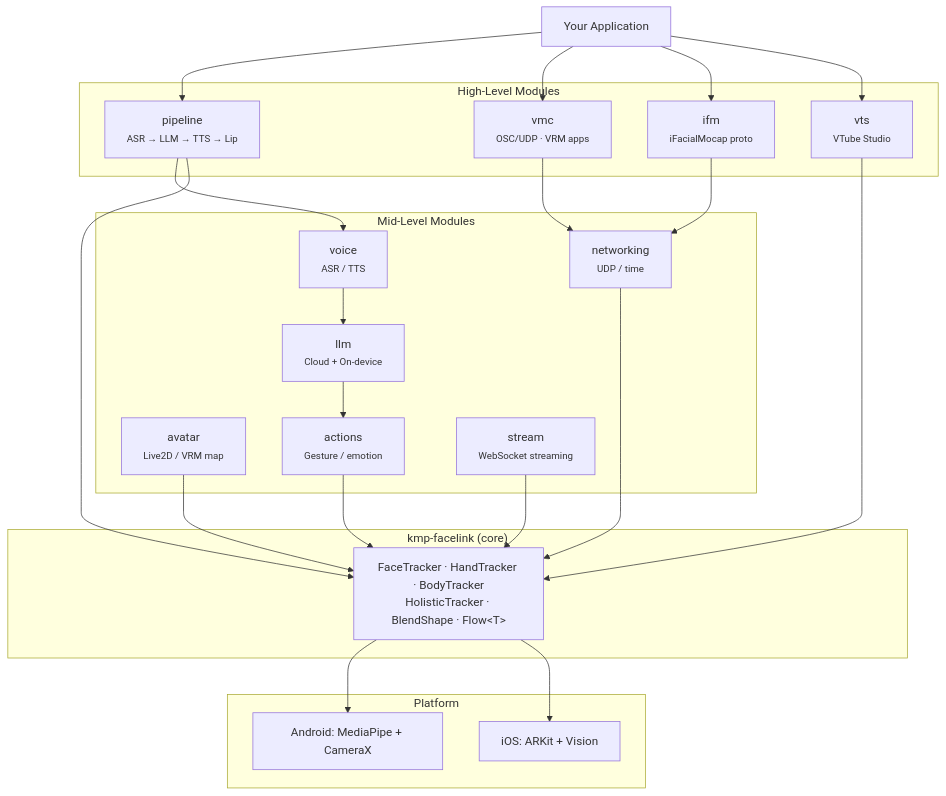
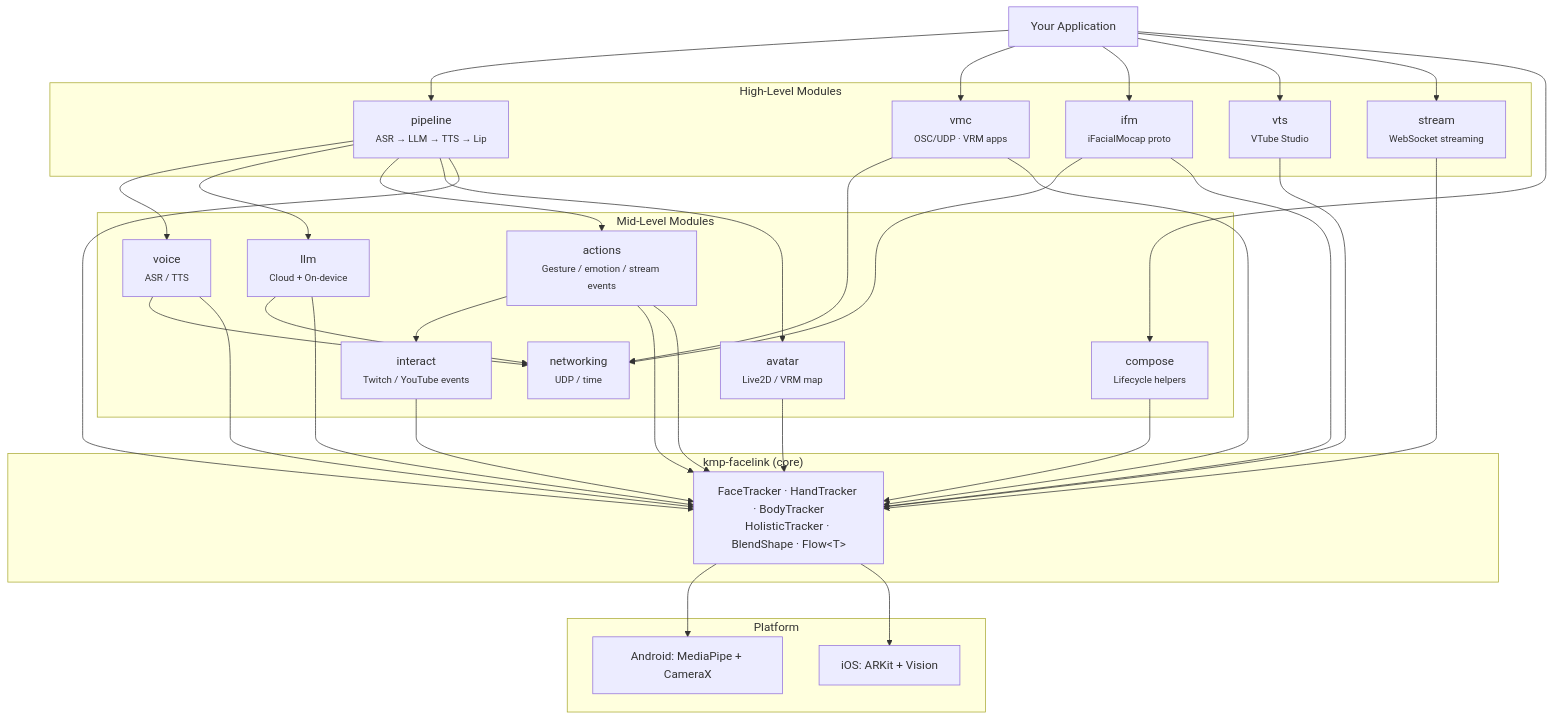
Before and after one commit to rioX432/KMP-FaceLink: the first of 2 diagrams in docs/api-overview.md, drawn with Mermaid. The commit also changed other lines of this file and 10 other files, not shown here.

````diff
--- a/docs/api-overview.md
+++ b/docs/api-overview.md
@@ -7,43 +7,46 @@
 ```mermaid
 graph TD
     App[Your Application]
 
     subgraph High-Level Modules
         pipeline["pipeline<br/><small>ASR → LLM → TTS → Lip</small>"]
         vmc["vmc<br/><small>OSC/UDP · VRM apps</small>"]
         ifm["ifm<br/><small>iFacialMocap proto</small>"]
         vts["vts<br/><small>VTube Studio</small>"]
+        stream["stream<br/><small>WebSocket streaming</small>"]
     end
 
     subgraph Mid-Level Modules
         voice["voice<br/><small>ASR / TTS</small>"]
         networking["networking<br/><small>UDP / time</small>"]
         llm["llm<br/><small>Cloud + On-device</small>"]
         avatar["avatar<br/><small>Live2D / VRM map</small>"]
-        actions["actions<br/><small>Gesture / emotion</small>"]
-        stream["stream<br/><small>WebSocket streaming</small>"]
+        actions["actions<br/><small>Gesture / emotion / stream events</small>"]
+        interact["interact<br/><small>Twitch / YouTube events</small>"]
+        compose["compose<br/><small>Lifecycle helpers</small>"]
     end
 
     subgraph core ["kmp-facelink (core)"]
         trackers["FaceTracker · HandTracker · BodyTracker<br/>HolisticTracker · BlendShape · Flow&lt;T&gt;"]
     end
 
     subgraph platform [Platform]
         android["Android: MediaPipe + CameraX"]
         ios["iOS: ARKit + Vision"]
     end
 
-    App --> pipeline & vmc & ifm & vts
-    pipeline --> voice
-    voice --> llm
-    llm --> actions
-    vmc --> networking
-    ifm --> networking
+    App --> pipeline & vmc & ifm & vts & stream & compose
+    pipeline --> voice & llm & actions & avatar & trackers
+    voice --> networking & trackers
+    llm --> networking & trackers
+    actions --> interact & trackers
+    interact --> trackers
+    vmc --> networking & trackers
+    ifm --> networking & trackers
     avatar --> trackers
     actions --> trackers
     stream --> trackers
-    networking --> trackers
     vts --> trackers
-    pipeline --> trackers
+    compose --> trackers
     trackers --> android & ios
 ```
````
